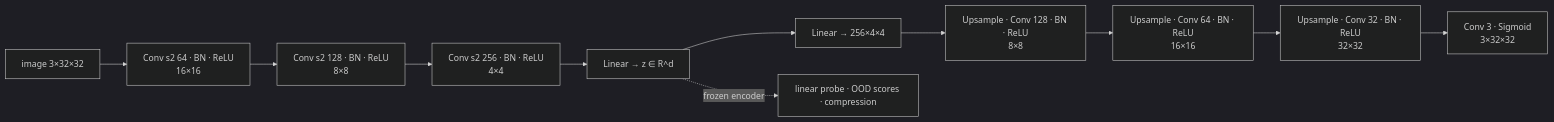
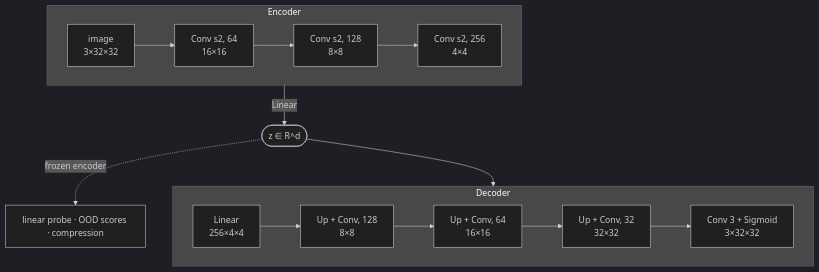
One commit to ZainebSb3/conv-ae-latent changed the diagram in README.md. Above: the diagram before and after it, drawn with Mermaid (dark theme). The commit also changed other lines of this file, not shown here.

Commit message:
docs: split architecture diagram into encoder and decoder rows

````diff
--- a/README.md
+++ b/README.md
@@ -11,13 +11,14 @@
 ```mermaid
-flowchart LR
-    X["image 3×32×32"] --> E1["Conv s2 64 · BN · ReLU<br/>16×16"]
-    E1 --> E2["Conv s2 128 · BN · ReLU<br/>8×8"]
-    E2 --> E3["Conv s2 256 · BN · ReLU<br/>4×4"]
-    E3 --> FC1["Linear → z ∈ R^d"]
-    FC1 --> FC2["Linear → 256×4×4"]
-    FC2 --> D1["Upsample · Conv 128 · BN · ReLU<br/>8×8"]
-    D1 --> D2["Upsample · Conv 64 · BN · ReLU<br/>16×16"]
-    D2 --> D3["Upsample · Conv 32 · BN · ReLU<br/>32×32"]
-    D3 --> O["Conv 3 · Sigmoid<br/>3×32×32"]
-    FC1 -. frozen encoder .-> T["linear probe · OOD scores · compression"]
+flowchart TB
+    subgraph ENC["Encoder"]
+        direction LR
+        X["image<br/>3×32×32"] --> E1["Conv s2, 64<br/>16×16"] --> E2["Conv s2, 128<br/>8×8"] --> E3["Conv s2, 256<br/>4×4"]
+    end
+    subgraph DEC["Decoder"]
+        direction LR
+        F["Linear<br/>256×4×4"] --> D1["Up + Conv, 128<br/>8×8"] --> D2["Up + Conv, 64<br/>16×16"] --> D3["Up + Conv, 32<br/>32×32"] --> O["Conv 3 + Sigmoid<br/>3×32×32"]
+    end
+    ENC -- "Linear" --> Z(["z ∈ R^d"])
+    Z --> DEC
+    Z -. frozen encoder .-> T["linear probe · OOD scores · compression"]
 ```
````
